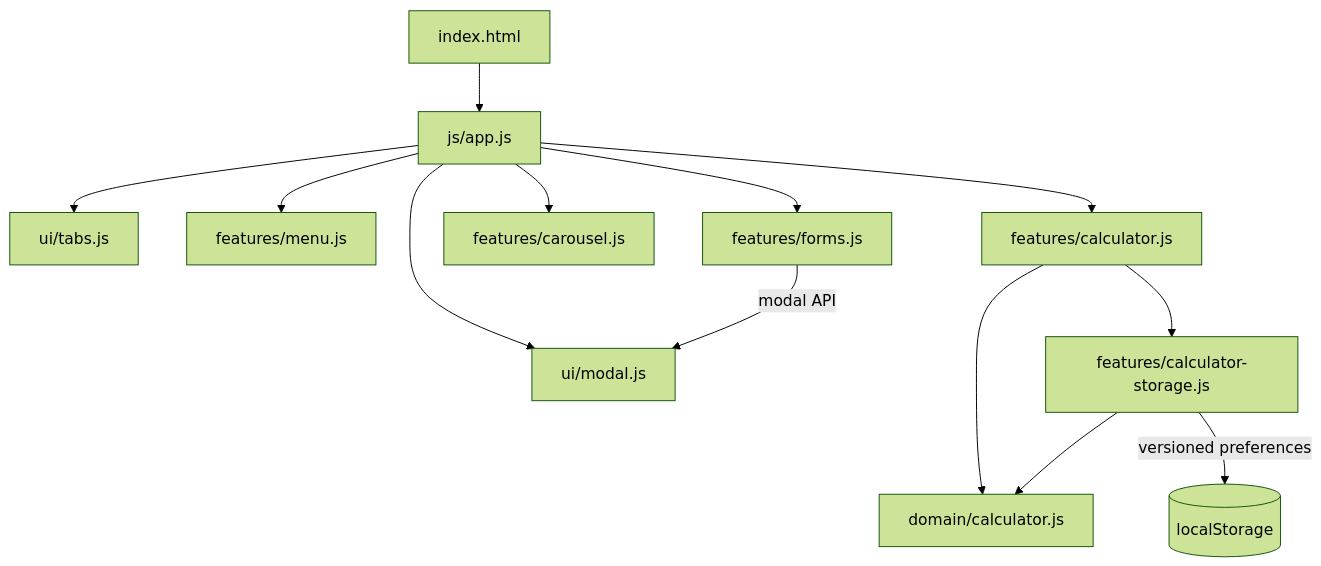
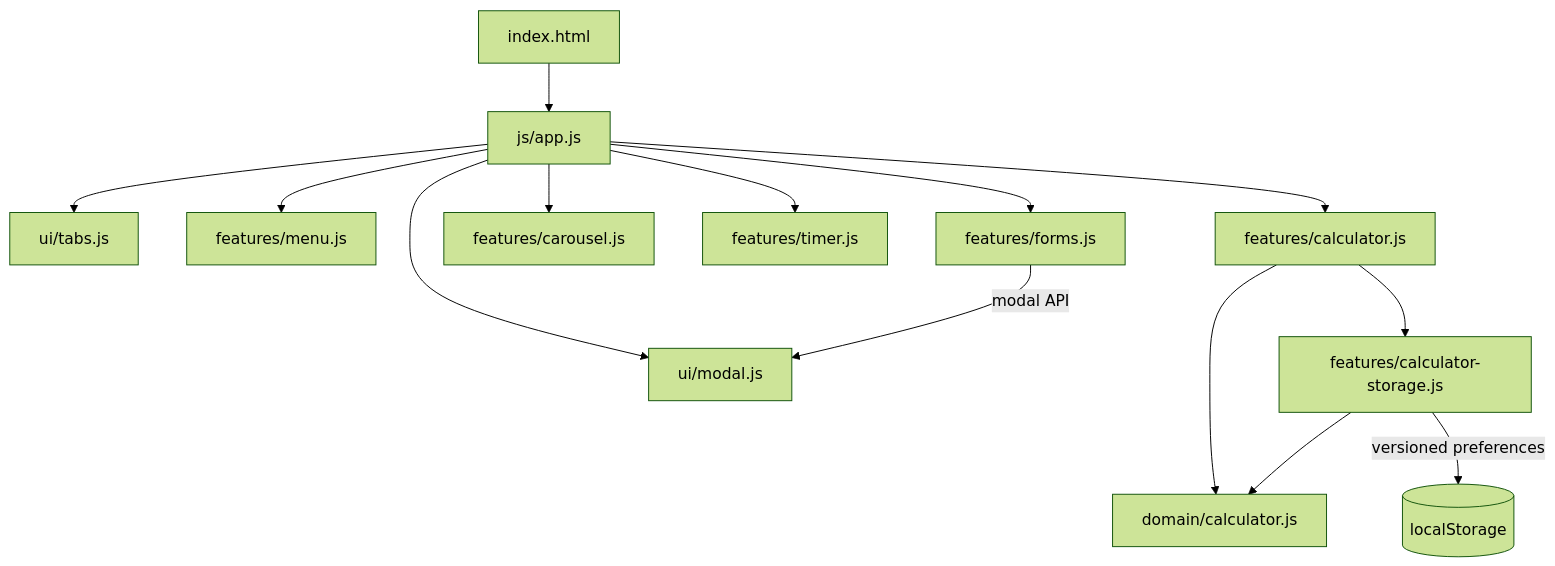
Before and after one commit to MykolaDotsenko/Healthy-Lifestyle-Website-Vanilla-JS: the diagram in ARCHITECTURE.md, drawn with Mermaid (forest theme). The commit also changed other lines of this file, not shown here.

Commit message:
docs: add timer architecture boundary

````diff
--- a/ARCHITECTURE.md
+++ b/ARCHITECTURE.md
@@ -14,19 +14,20 @@
 ```mermaid
 flowchart TD
     HTML[index.html] --> APP[js/app.js]
 
     APP --> TABS[ui/tabs.js]
     APP --> MODAL[ui/modal.js]
     APP --> MENU[features/menu.js]
     APP --> FORMS[features/forms.js]
     APP --> CAROUSEL[features/carousel.js]
+    APP --> TIMER[features/timer.js]
     APP --> CALC[features/calculator.js]
 
     FORMS -->|modal API| MODAL
 
     CALC --> DOMAIN[domain/calculator.js]
     CALC --> STORAGE[features/calculator-storage.js]
     STORAGE --> DOMAIN
 
     STORAGE -->|versioned preferences| LS[(localStorage)]
 ```
````
